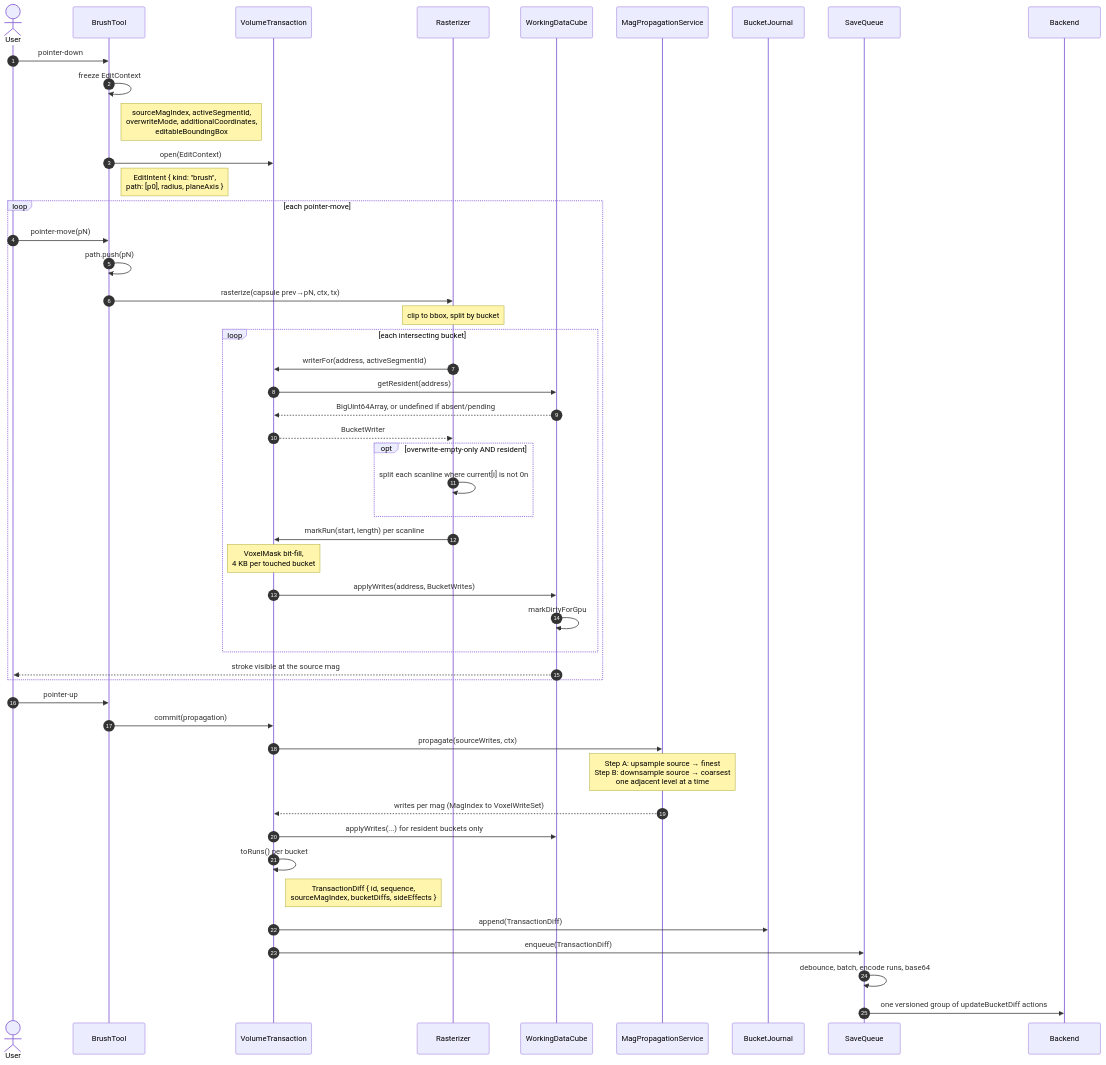
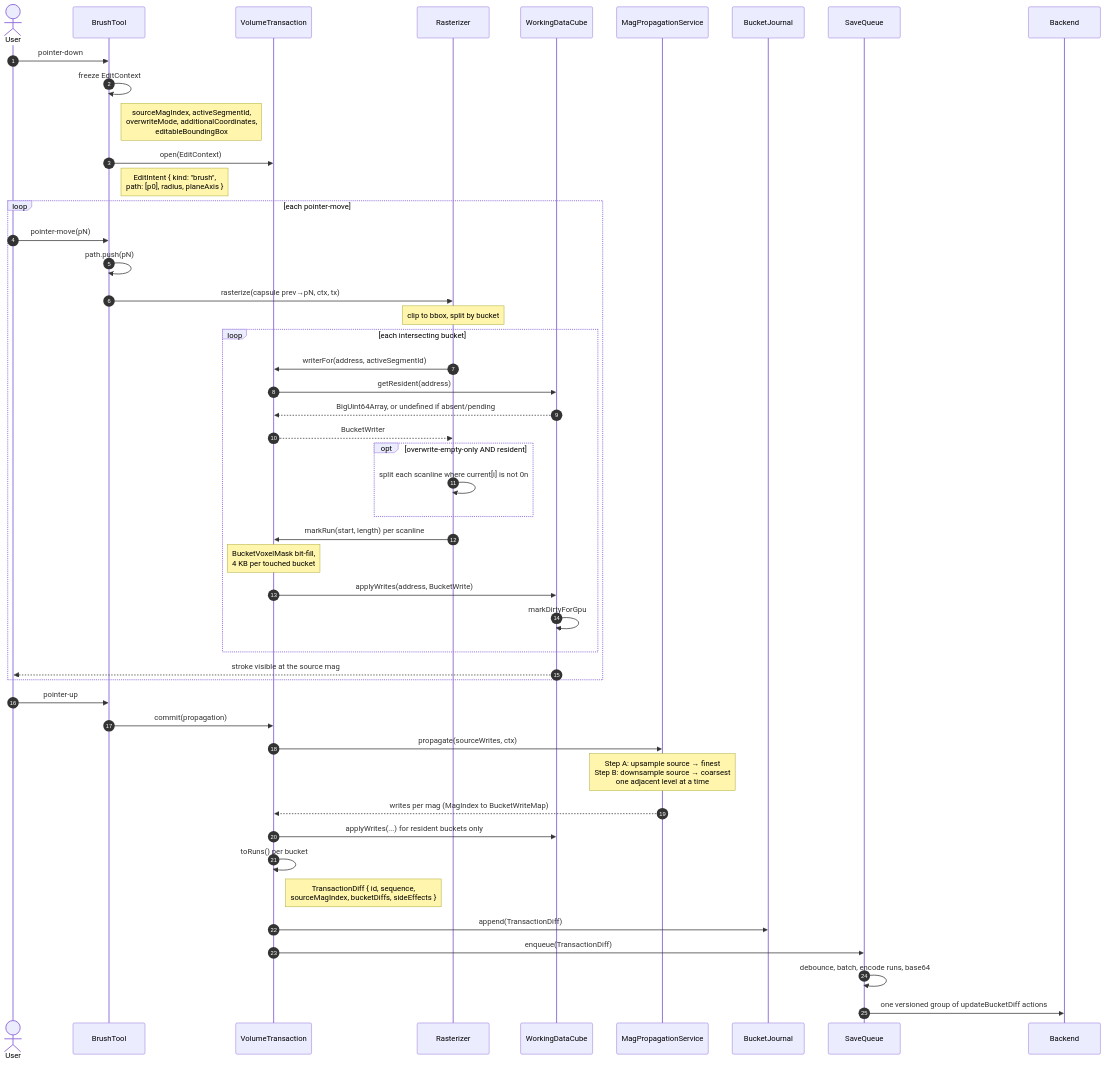
Before and after one commit to scalableminds/webknossos: the diagram in design/volume_annotation_architecture.md, drawn with Mermaid. The commit also changed other lines of this file and 13 other files, not shown here.

````diff
--- a/design/volume_annotation_architecture.md
+++ b/design/volume_annotation_architecture.md
@@ -1026,53 +1026,53 @@
 ```mermaid
 sequenceDiagram
   autonumber
   actor U as User
   participant B as BrushTool
   participant T as VolumeTransaction
   participant R as Rasterizer
   participant C as WorkingDataCube
   participant P as MagPropagationService
   participant L as BucketJournal
   participant S as SaveQueue
   participant K as Backend
 
   U->>B: pointer-down
   B->>B: freeze EditContext
   Note right of B: sourceMagIndex, activeSegmentId,<br/>overwriteMode, additionalCoordinates,<br/>editableBoundingBox
   B->>T: open(EditContext)
   Note right of B: EditIntent { kind: "brush",<br/>path: [p0], radius, planeAxis }
 
   loop each pointer-move
     U->>B: pointer-move(pN)
     B->>B: path.push(pN)
     B->>R: rasterize(capsule prev→pN, ctx, tx)
     Note over R: clip to bbox, split by bucket
     loop each intersecting bucket
       R->>T: writerFor(address, activeSegmentId)
       T->>C: getResident(address)
       C-->>T: BigUint64Array, or undefined if absent/pending
       T-->>R: BucketWriter
       opt overwrite-empty-only AND resident
         R->>R: split each scanline where current[i] is not 0n
       end
       R->>T: markRun(start, length) per scanline
-      Note over T: VoxelMask bit-fill,<br/>4 KB per touched bucket
-      T->>C: applyWrites(address, BucketWrites)
+      Note over T: BucketVoxelMask bit-fill,<br/>4 KB per touched bucket
+      T->>C: applyWrites(address, BucketWrite)
       C->>C: markDirtyForGpu
     end
     C-->>U: stroke visible at the source mag
   end
 
   U->>B: pointer-up
   B->>T: commit(propagation)
   T->>P: propagate(sourceWrites, ctx)
   Note over P: Step A: upsample source → finest<br/>Step B: downsample source → coarsest<br/>one adjacent level at a time
-  P-->>T: writes per mag (MagIndex to VoxelWriteSet)
+  P-->>T: writes per mag (MagIndex to BucketWriteMap)
   T->>C: applyWrites(...) for resident buckets only
   T->>T: toRuns() per bucket
   Note right of T: TransactionDiff { id, sequence,<br/>sourceMagIndex, bucketDiffs, sideEffects }
   T->>L: append(TransactionDiff)
   T->>S: enqueue(TransactionDiff)
   S->>S: debounce, batch, encode runs, base64
   S->>K: one versioned group of updateBucketDiff actions
 ```
````
